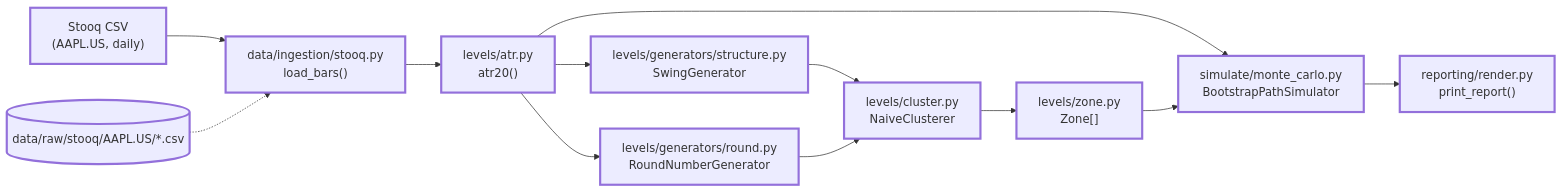
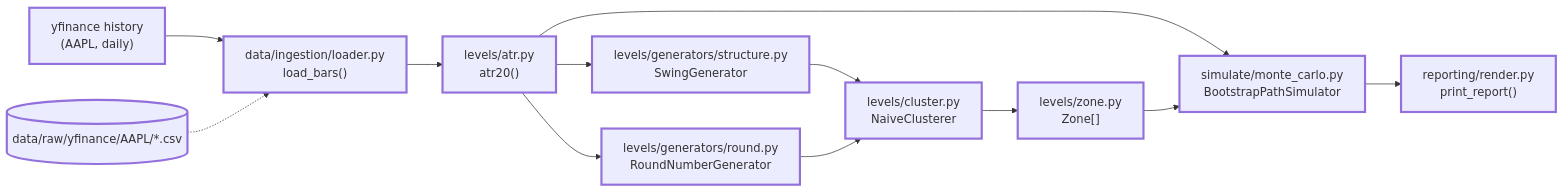
The third of 27 diagrams in docs/SR_Technical_Document.md (Neural-Matrix-LLC/Support-Resistance-Agent), drawn with Mermaid before and after one commit. The commit also changed other lines of this file and 50 other files, not shown here.

````diff
--- a/docs/SR_Technical_Document.md
+++ b/docs/SR_Technical_Document.md
@@ -405,15 +410,15 @@
 ```mermaid
 flowchart LR
-    STOOQ["Stooq CSV\n(AAPL.US, daily)"]:::new --> LOAD["data/ingestion/stooq.py\nload_bars()"]:::new
+    STOOQ["yfinance history\n(AAPL, daily)"]:::new --> LOAD["data/ingestion/loader.py\nload_bars()"]:::new
     LOAD --> ATR["levels/atr.py\natr20()"]:::new
     ATR --> SW["levels/generators/structure.py\nSwingGenerator"]:::new
     ATR --> RN["levels/generators/round.py\nRoundNumberGenerator"]:::new
     SW --> CL["levels/cluster.py\nNaiveClusterer"]:::new
     RN --> CL
     CL --> Z["levels/zone.py\nZone[]"]:::new
     ATR --> MC["simulate/monte_carlo.py\nBootstrapPathSimulator"]:::new
     Z --> MC
     MC --> OUT["reporting/render.py\nprint_report()"]:::new
-    CACHE[("data/raw/stooq/AAPL.US/*.csv")]:::new -.-> LOAD
+    CACHE[("data/raw/yfinance/AAPL/*.csv")]:::new -.-> LOAD
     classDef new stroke-width:3px
 ```
````
